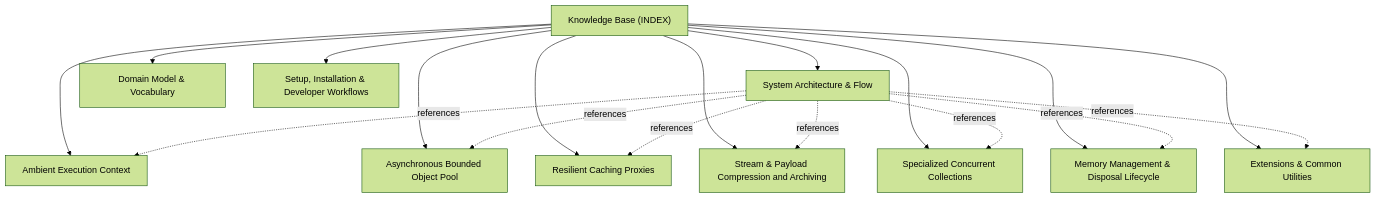
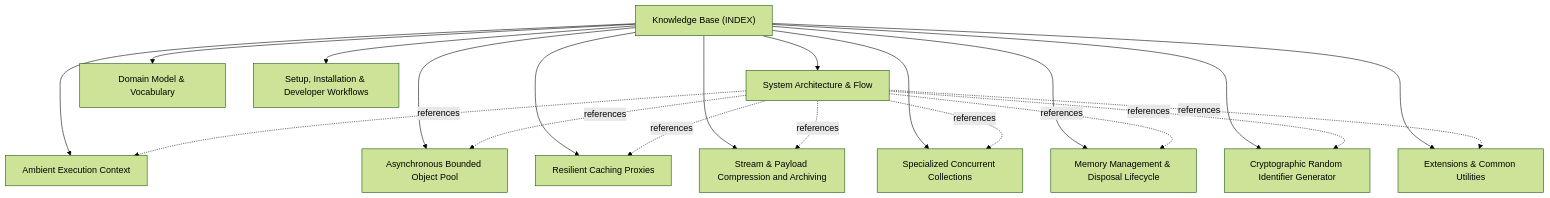
Before and after one commit to actdim/practix: the diagram in ActDim.Practix.Common/docs/INDEX.md, drawn with Mermaid (forest theme). The commit also changed other lines of this file and 37 other files, not shown here.

````diff
--- a/ActDim.Practix.Common/docs/INDEX.md
+++ b/ActDim.Practix.Common/docs/INDEX.md
@@ -18,31 +18,34 @@
 ```mermaid
 flowchart TD
     INDEX["Knowledge Base (INDEX)"]
     T_AMBIENT_CONTEXT["Ambient Execution Context"]
     INDEX --> T_AMBIENT_CONTEXT
     T_ARCHITECTURE["System Architecture & Flow"]
     INDEX --> T_ARCHITECTURE
     T_ASYNC_OBJECT_POOL["Asynchronous Bounded Object Pool"]
     INDEX --> T_ASYNC_OBJECT_POOL
     T_CACHING_PROXIES["Resilient Caching Proxies"]
     INDEX --> T_CACHING_PROXIES
     T_COMPRESSION_AND_ARCHIVES["Stream & Payload Compression and Archiving"]
     INDEX --> T_COMPRESSION_AND_ARCHIVES
     T_CONCURRENT_COLLECTIONS["Specialized Concurrent Collections"]
     INDEX --> T_CONCURRENT_COLLECTIONS
     T_DOMAIN_MODEL["Domain Model & Vocabulary"]
     INDEX --> T_DOMAIN_MODEL
     T_EXTENSIONS_AND_UTILITIES["Extensions & Common Utilities"]
     INDEX --> T_EXTENSIONS_AND_UTILITIES
     T_MEMORY_AND_DISPOSAL["Memory Management & Disposal Lifecycle"]
     INDEX --> T_MEMORY_AND_DISPOSAL
+    T_RANDOM_ID["Cryptographic Random Identifier Generator"]
+    INDEX --> T_RANDOM_ID
     T_SETUP_AND_WORKFLOW["Setup, Installation & Developer Workflows"]
     INDEX --> T_SETUP_AND_WORKFLOW
     T_ARCHITECTURE -.->|references| T_AMBIENT_CONTEXT
     T_ARCHITECTURE -.->|references| T_ASYNC_OBJECT_POOL
     T_ARCHITECTURE -.->|references| T_CACHING_PROXIES
     T_ARCHITECTURE -.->|references| T_COMPRESSION_AND_ARCHIVES
     T_ARCHITECTURE -.->|references| T_CONCURRENT_COLLECTIONS
     T_ARCHITECTURE -.->|references| T_MEMORY_AND_DISPOSAL
+    T_ARCHITECTURE -.->|references| T_RANDOM_ID
     T_ARCHITECTURE -.->|references| T_EXTENSIONS_AND_UTILITIES
 ```
````
